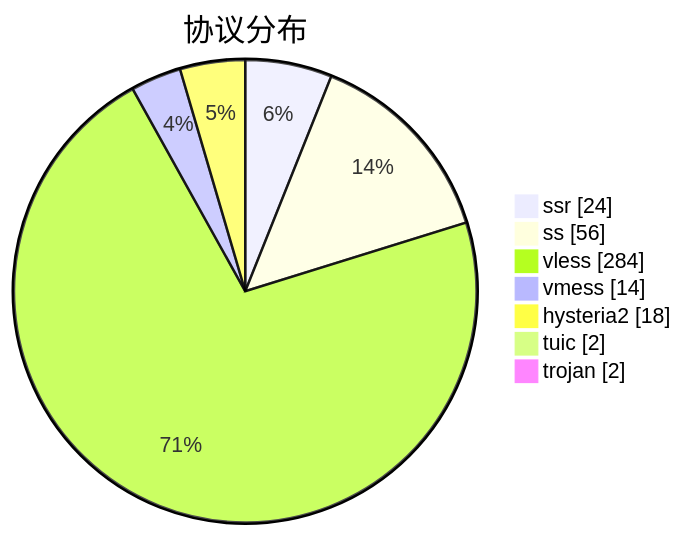
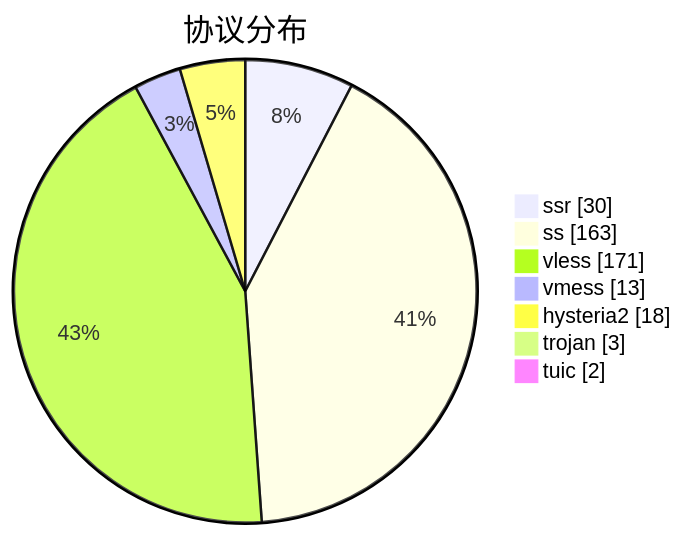
Before and after one commit to qjlxg/airport: the third of 3 diagrams in subs/statistics/tested_within.md, drawn with Mermaid. The commit also changed other lines of this file and 2 other files, not shown here.

````diff
--- a/subs/statistics/tested_within.md
+++ b/subs/statistics/tested_within.md
@@ -32,11 +32,11 @@
 ```mermaid
 pie showData
 title 协议分布
-"ssr" : 24
-"ss" : 56
-"vless" : 284
-"vmess" : 14
+"ssr" : 30
+"ss" : 163
+"vless" : 171
+"vmess" : 13
 "hysteria2" : 18
+"trojan" : 3
 "tuic" : 2
-"trojan" : 2
 ```
````
